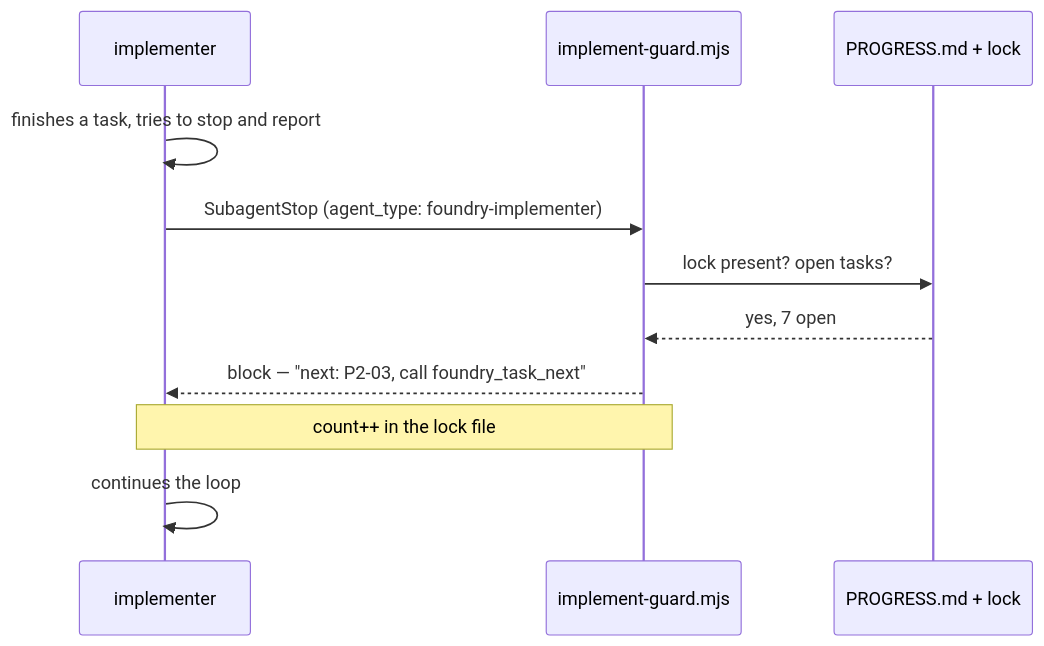
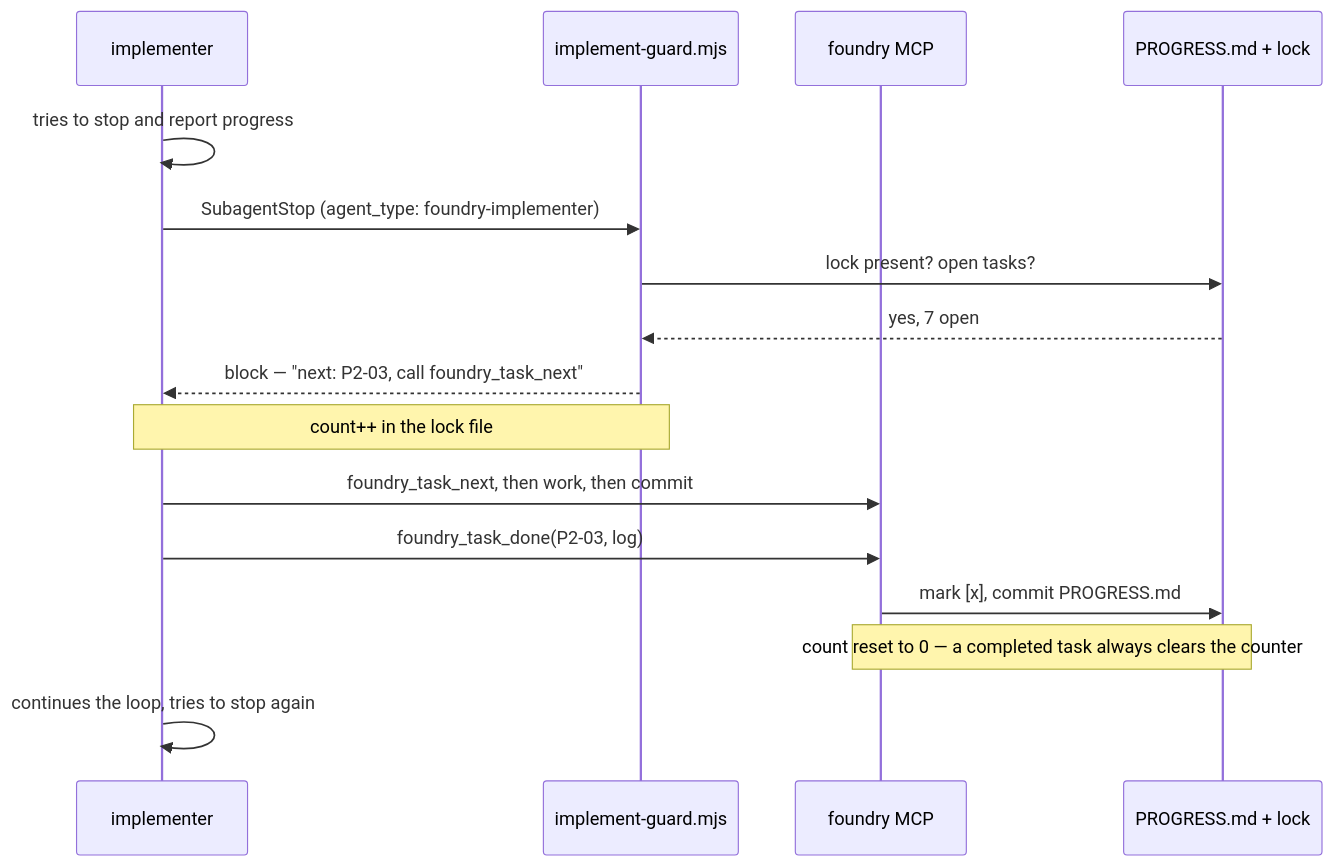
One commit to DisplaceTech/kukulu changed the fourth of 4 diagrams in docs/architecture.md. Above: the diagram before and after it, drawn with Mermaid. The commit also changed other lines of this file and 5 other files, not shown here.

````diff
--- a/docs/architecture.md
+++ b/docs/architecture.md
@@ -173,14 +179,19 @@
 ```mermaid
 sequenceDiagram
     participant IMP as implementer
     participant HOOK as implement-guard.mjs
+    participant MCP as foundry MCP
     participant DISK as PROGRESS.md + lock
 
-    IMP->>IMP: finishes a task, tries to stop and report
+    IMP->>IMP: tries to stop and report progress
     IMP->>HOOK: SubagentStop (agent_type: foundry-implementer)
     HOOK->>DISK: lock present? open tasks?
     DISK-->>HOOK: yes, 7 open
     HOOK-->>IMP: block — "next: P2-03, call foundry_task_next"
     Note over IMP,HOOK: count++ in the lock file
-    IMP->>IMP: continues the loop
+    IMP->>MCP: foundry_task_next, then work, then commit
+    IMP->>MCP: foundry_task_done(P2-03, log)
+    MCP->>DISK: mark [x], commit PROGRESS.md
+    Note over MCP,DISK: count reset to 0 — a completed task always clears the counter
+    IMP->>IMP: continues the loop, tries to stop again
 ```
````
